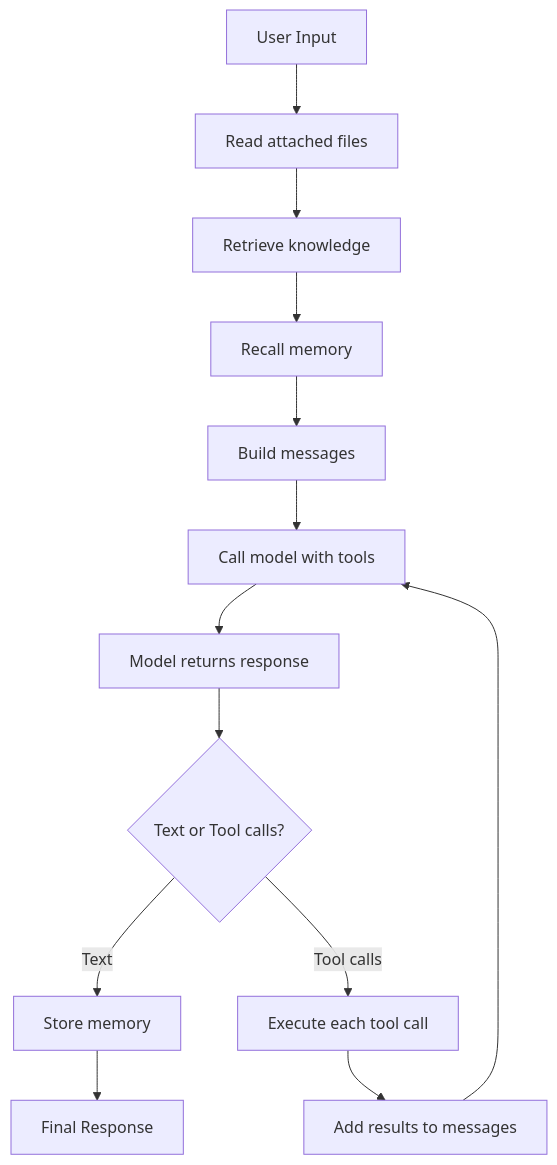
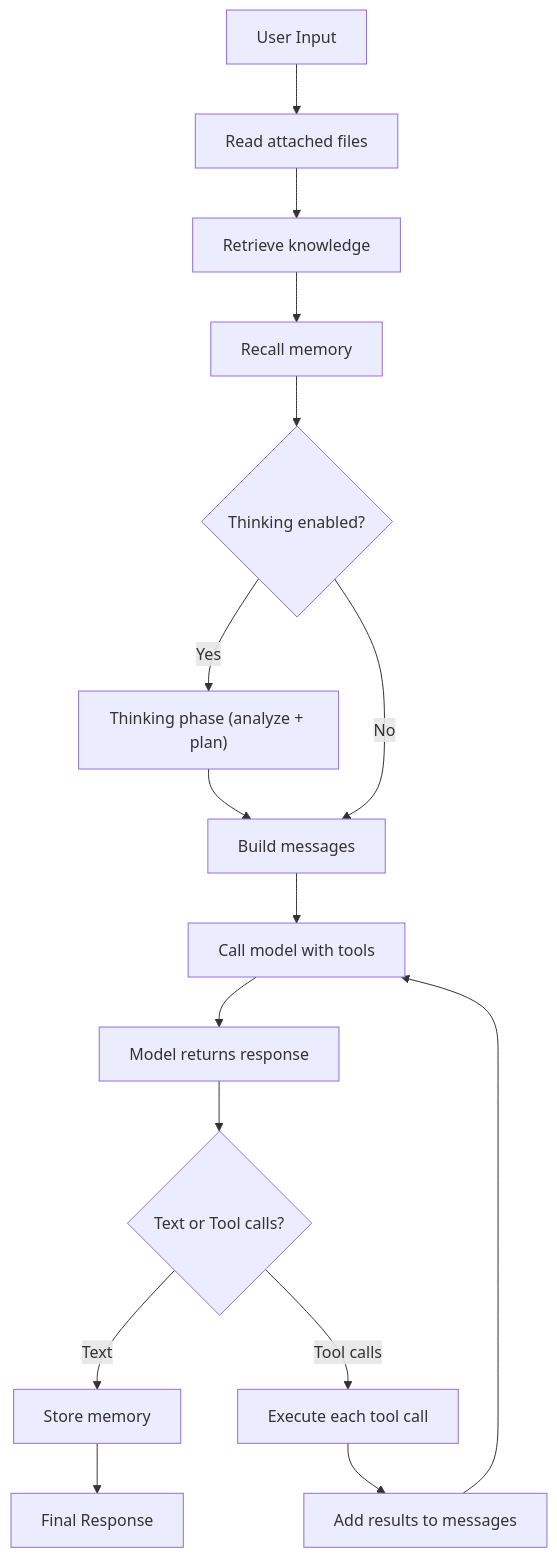
The diagram in definable/docs/agents/overview.mdx (definableai/definable.ai), drawn with Mermaid before and after one commit. The commit also changed other lines of this file and 10 other files, not shown here.

````diff
--- a/definable/docs/agents/overview.mdx
+++ b/definable/docs/agents/overview.mdx
@@ -14,15 +14,18 @@
 ```mermaid
 flowchart TD
   UserInput["User Input"] --> ReadFiles["Read attached files"]
   ReadFiles --> RetrieveKnowledge["Retrieve knowledge"]
   RetrieveKnowledge --> RecallMemory["Recall memory"]
-  RecallMemory --> BuildMsgs["Build messages"]
+  RecallMemory --> ThinkingPhase{"Thinking enabled?"}
+  ThinkingPhase -->|Yes| Think["Thinking phase (analyze + plan)"]
+  Think --> BuildMsgs["Build messages"]
+  ThinkingPhase -->|No| BuildMsgs
   BuildMsgs --> CallModel["Call model with tools"]
   CallModel --> ModelResp["Model returns response"]
   ModelResp --> Decision{Text or Tool calls?}
   Decision -->|Text| StoreMemory["Store memory"]
   StoreMemory --> FinalResp["Final Response"]
   Decision -->|Tool calls| ExecTools["Execute each tool call"]
   ExecTools --> AddResults["Add results to messages"]
   AddResults --> CallModel
 ```
````
